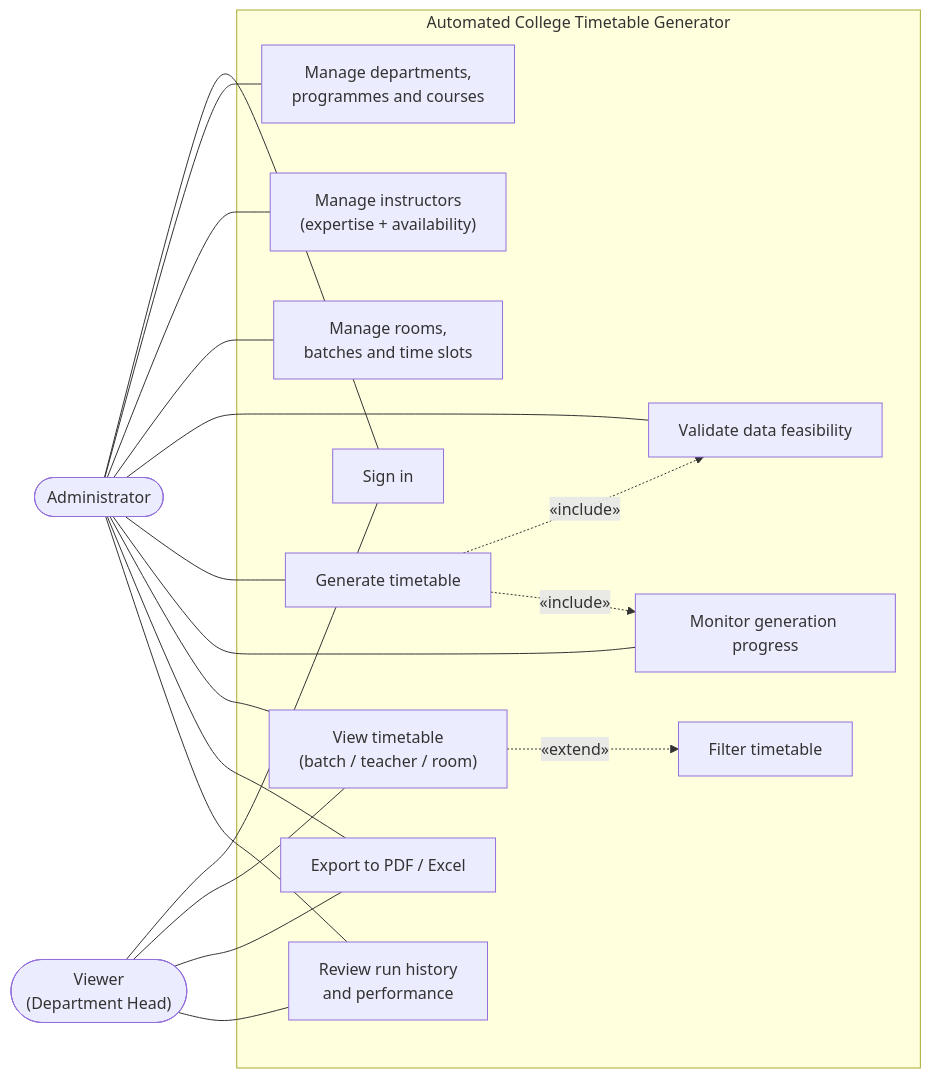
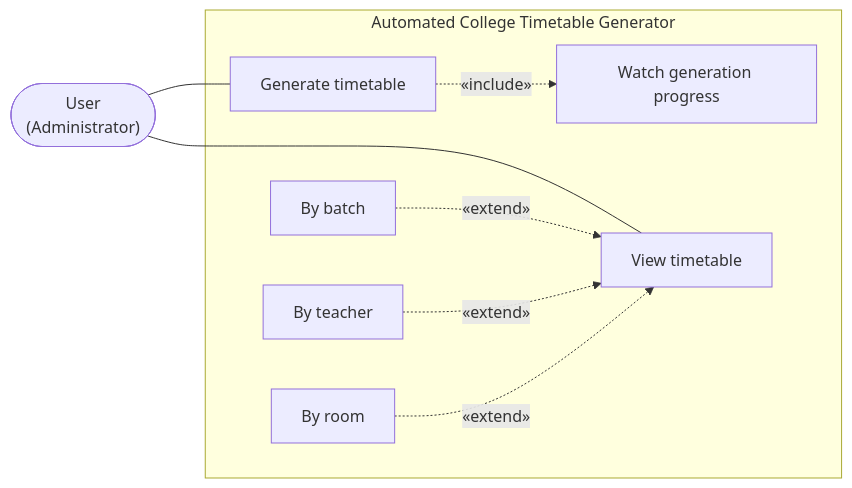
The first of 4 diagrams in docs/UML.md (prajwalbasnet4400/schedular), drawn with Mermaid before and after one commit. The commit also changed other lines of this file and 113 other files, not shown here.

````diff
--- a/docs/UML.md
+++ b/docs/UML.md
@@ -14,39 +13,21 @@
 ```mermaid
 flowchart LR
-  Admin(["Administrator"])
-  Viewer(["Viewer<br/>(Department Head)"])
+  User(["User<br/>(Administrator)"])
 
   subgraph System["Automated College Timetable Generator"]
-    UC1["Sign in"]
-    UC2["Manage departments,<br/>programmes and courses"]
-    UC3["Manage instructors<br/>(expertise + availability)"]
-    UC4["Manage rooms,<br/>batches and time slots"]
-    UC5["Validate data feasibility"]
-    UC6["Generate timetable"]
-    UC7["Monitor generation progress"]
-    UC8["View timetable<br/>(batch / teacher / room)"]
-    UC9["Filter timetable"]
-    UC10["Export to PDF / Excel"]
-    UC11["Review run history<br/>and performance"]
+    UC1["Generate timetable"]
+    UC2["Watch generation progress"]
+    UC3["View timetable"]
+    UC4["By batch"]
+    UC5["By teacher"]
+    UC6["By room"]
   end
 
-  Admin --- UC1
-  Admin --- UC2
-  Admin --- UC3
-  Admin --- UC4
-  Admin --- UC5
-  Admin --- UC6
-  Admin --- UC7
-  Admin --- UC8
-  Admin --- UC10
-  Admin --- UC11
+  User --- UC1
+  User --- UC3
 
-  Viewer --- UC1
-  Viewer --- UC8
-  Viewer --- UC10
-  Viewer --- UC11
-
-  UC6 -.->|"&laquo;include&raquo;"| UC5
-  UC6 -.->|"&laquo;include&raquo;"| UC7
-  UC8 -.->|"&laquo;extend&raquo;"| UC9
+  UC1 -.->|"&laquo;include&raquo;"| UC2
+  UC4 -.->|"&laquo;extend&raquo;"| UC3
+  UC5 -.->|"&laquo;extend&raquo;"| UC3
+  UC6 -.->|"&laquo;extend&raquo;"| UC3
 ```
````
